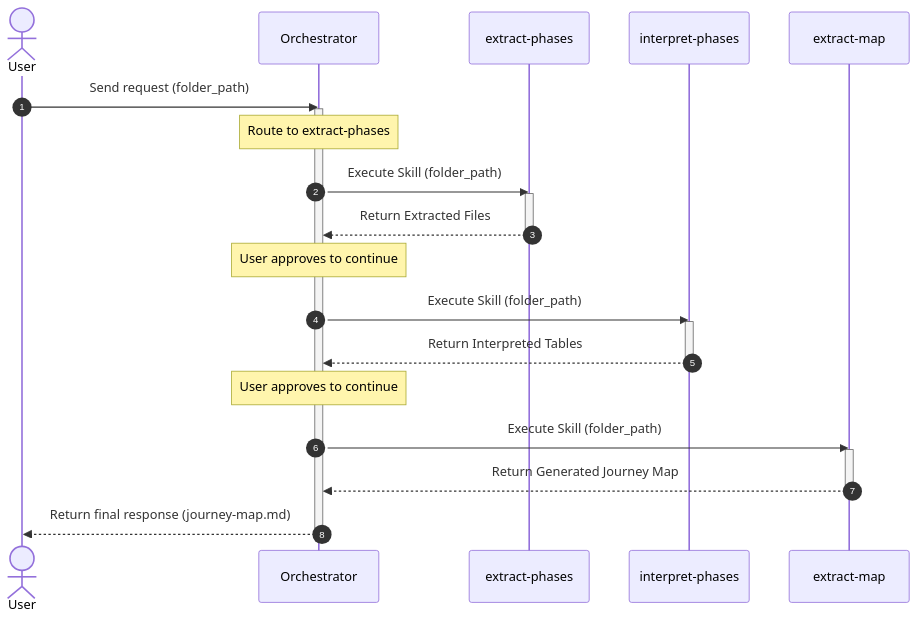
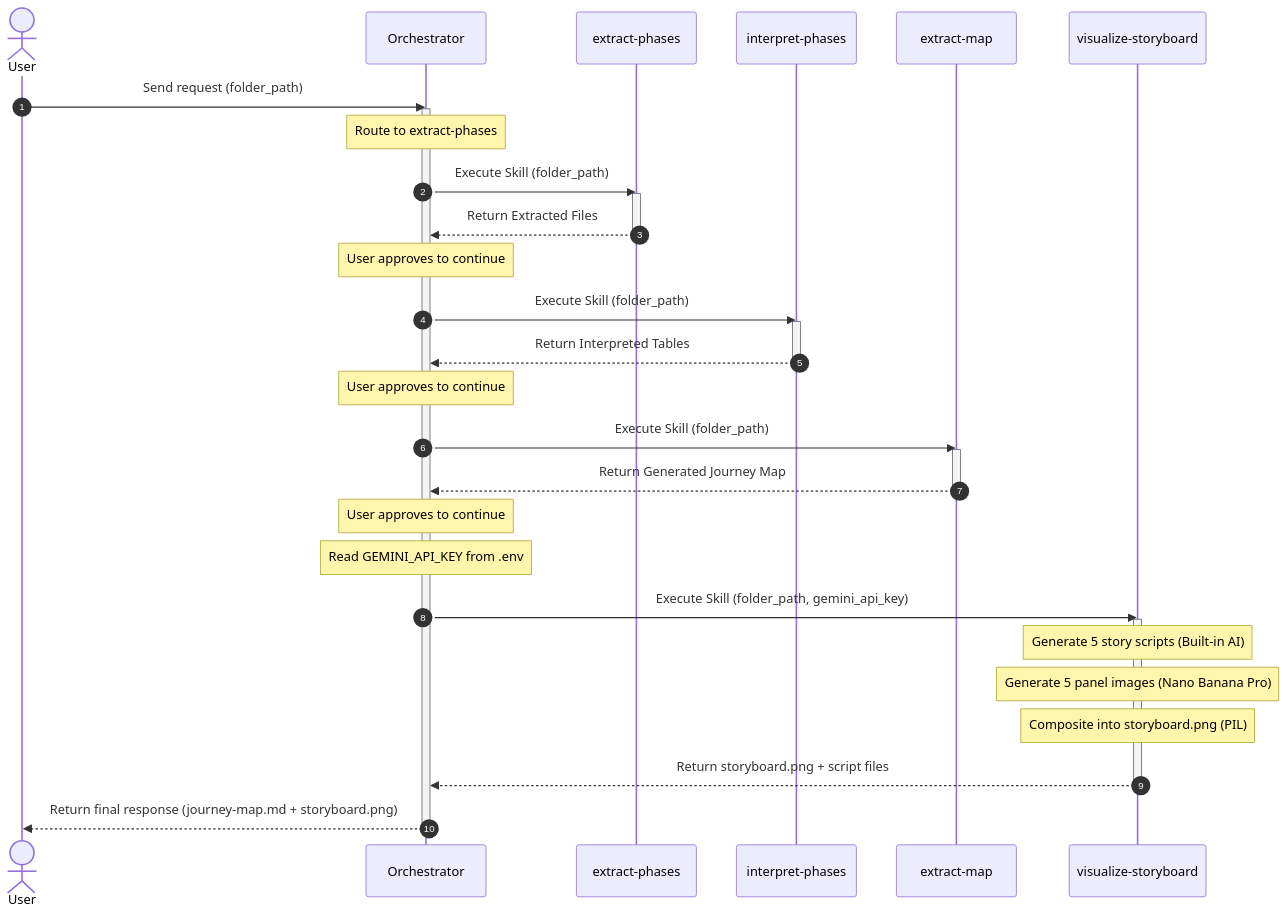
Before and after one commit to nguyenlamhai89/UX-Agent: the diagram in .agents/workflows/ux-cjm/ORCHESTRATOR.md, drawn with Mermaid. The commit also changed other lines of this file and 6 other files, not shown here.

First line of the commit message:
update: add visualize-storyboard skill to ux-cjm workflow

````diff
--- a/.agents/workflows/ux-cjm/ORCHESTRATOR.md
+++ b/.agents/workflows/ux-cjm/ORCHESTRATOR.md
@@ -71,35 +74,47 @@
 ```mermaid
 sequenceDiagram
     autonumber
     actor User
     participant Orchestrator
     participant Skill1 as extract-phases
     participant Skill2 as interpret-phases
     participant Skill3 as extract-map
+    participant Skill4 as visualize-storyboard
 
     User->>Orchestrator: Send request (folder_path)
     activate Orchestrator
     Note over Orchestrator: Route to extract-phases
 
     Orchestrator->>Skill1: Execute Skill (folder_path)
     activate Skill1
     Skill1-->>Orchestrator: Return Extracted Files
     deactivate Skill1
     
     Note over Orchestrator: User approves to continue
 
     Orchestrator->>Skill2: Execute Skill (folder_path)
     activate Skill2
     Skill2-->>Orchestrator: Return Interpreted Tables
     deactivate Skill2
     
     Note over Orchestrator: User approves to continue
 
     Orchestrator->>Skill3: Execute Skill (folder_path)
     activate Skill3
     Skill3-->>Orchestrator: Return Generated Journey Map
     deactivate Skill3
 
-    Orchestrator-->>User: Return final response (journey-map.md)
+    Note over Orchestrator: User approves to continue
+    Note over Orchestrator: Read GEMINI_API_KEY from .env
+
+    Orchestrator->>Skill4: Execute Skill (folder_path, gemini_api_key)
+    activate Skill4
+    Note over Skill4: Generate 5 story scripts (Built-in AI)
+    Note over Skill4: Generate 5 panel images (Nano Banana Pro)
+    Note over Skill4: Composite into storyboard.png (PIL)
+    Skill4-->>Orchestrator: Return storyboard.png + script files
+    deactivate Skill4
+
+    Orchestrator-->>User: Return final response (journey-map.md + storyboard.png)
     deactivate Orchestrator
 ```
````
